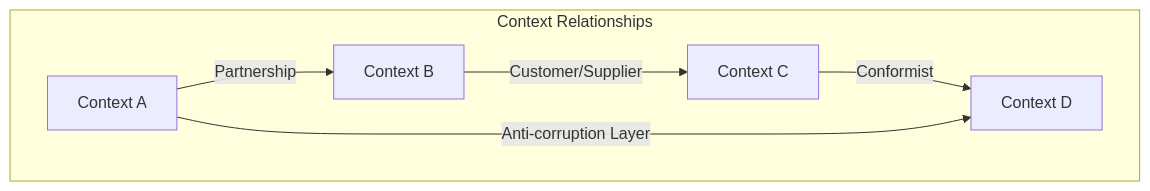
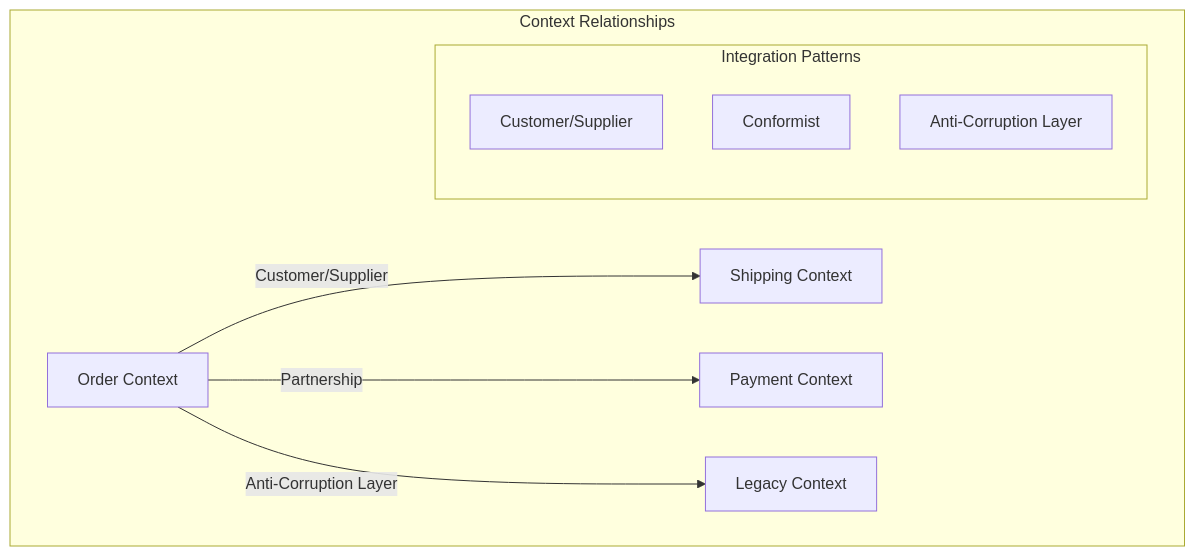
The third of 6 diagrams in src/Domain_Driven_Design.md (saravanakumarrc/Architecture_Journey), drawn with Mermaid before and after one commit. The commit also changed other lines of this file and 7 other files, not shown here.

First line of the commit message:
Refactor Trade-off Analysis documentation and enhance architecture governance models

````diff
--- a/src/Domain_Driven_Design.md
+++ b/src/Domain_Driven_Design.md
@@ -58,11 +132,14 @@
 ```mermaid
-graph LR
+graph TB
     subgraph "Context Relationships"
-        direction LR
+        O[Order Context] --> |Customer/Supplier| S[Shipping Context]
+        O --> |Partnership| P[Payment Context]
+        O --> |Anti-Corruption Layer| L[Legacy Context]
         
-        C1[Context A] -->|Partnership| C2[Context B]
-        C2 -->|Customer/Supplier| C3[Context C]
-        C3 -->|Conformist| C4[Context D]
-        C1 -->|Anti-corruption Layer| C4
+        subgraph "Integration Patterns"
+            CS[Customer/Supplier]
+            CM[Conformist]
+            ACL[Anti-Corruption Layer]
+        end
     end
 ```
````
